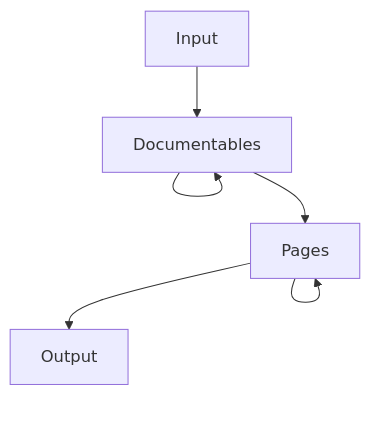
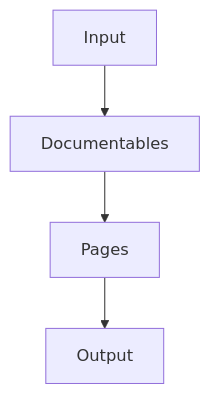
The diagram in docs/src/doc/docs/developer_guide/architecture/architecture_overview.md (Kotlin/dokka), drawn with Mermaid before and after one commit. The commit also changed other lines of this file and 5 other files, not shown here.

Commit message:
Add more explanations and comments to diagrams

````diff
--- a/docs/src/doc/docs/developer_guide/architecture/architecture_overview.md
+++ b/docs/src/doc/docs/developer_guide/architecture/architecture_overview.md
@@ -21,4 +24,4 @@
 ```mermaid
 flowchart TD
-    Input --> Documentables --> Documentables --> Pages --> Pages --> Output
+    Input --> Documentables --> Pages --> Output
 ```
````
